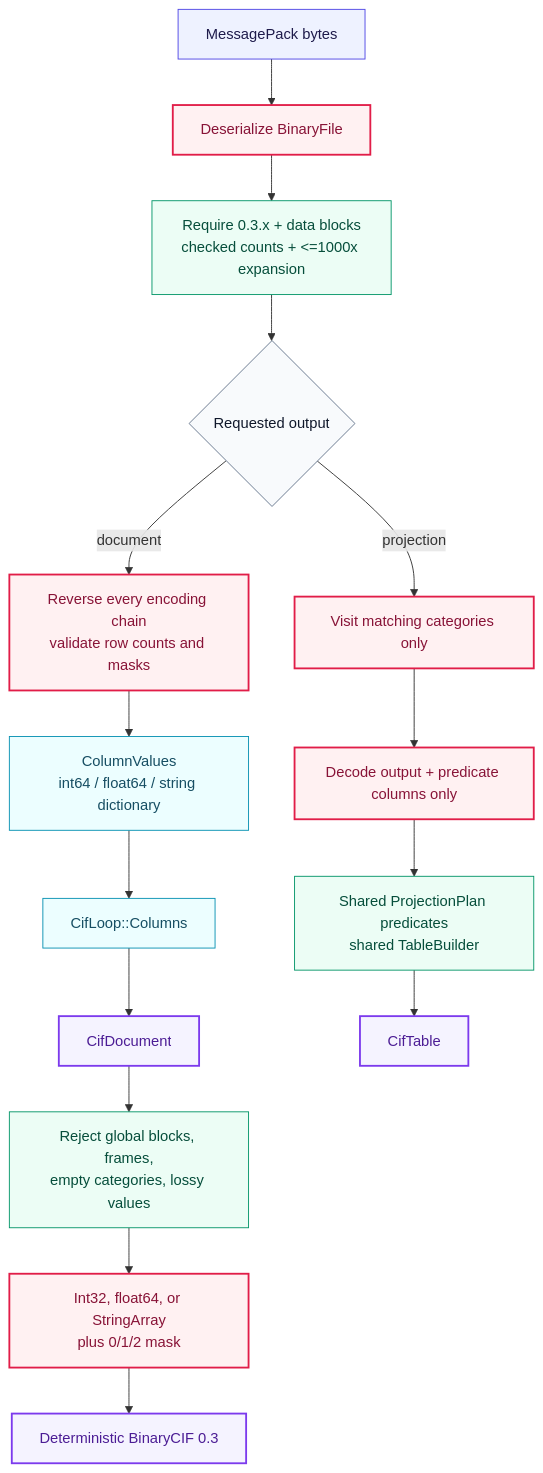
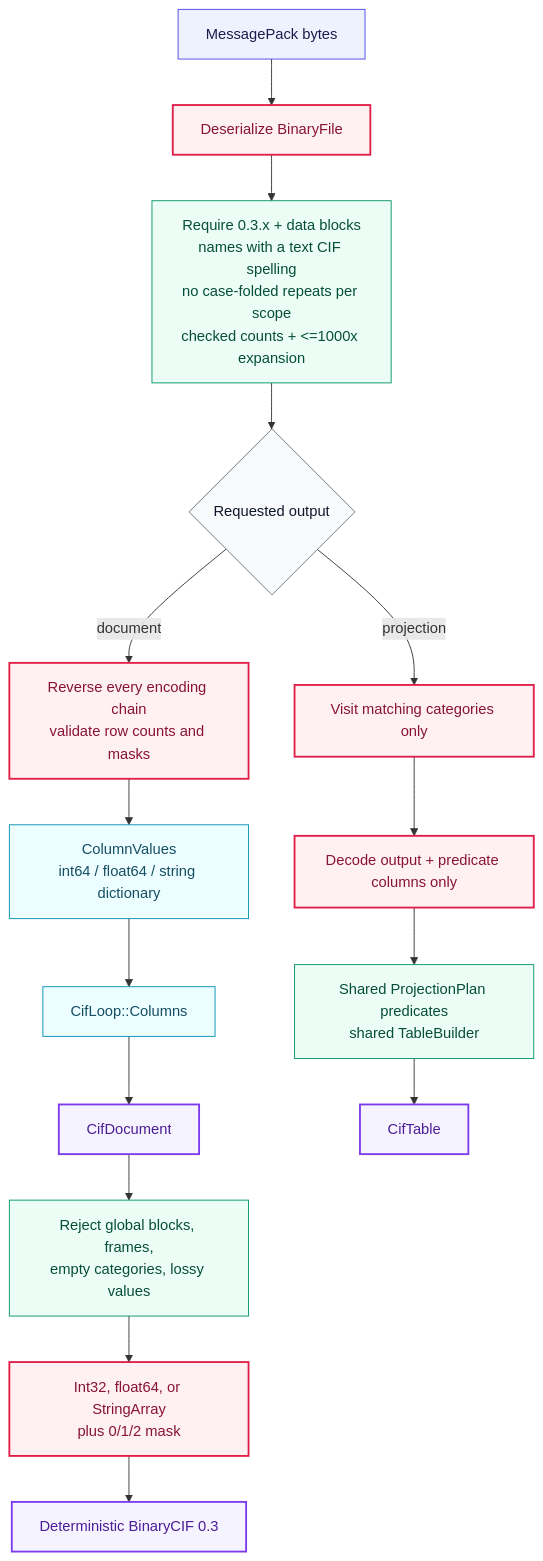
One commit to jamaliki/Nibbler changed the ninth of 10 diagrams in src/cif/README.md. Above: the diagram before and after it, drawn with Mermaid. The commit also changed 4 other files, not shown here.

````diff
--- a/src/cif/README.md
+++ b/src/cif/README.md
@@ -328,27 +328,27 @@
 ```mermaid
 flowchart TB
     RAW["MessagePack bytes"]:::input --> DECODE["Deserialize BinaryFile"]:::hot
-    DECODE --> SHAPE["Require 0.3.x + data blocks<br/>checked counts + <=1000x expansion"]:::proof
+    DECODE --> SHAPE["Require 0.3.x + data blocks<br/>names with a text CIF spelling<br/>no case-folded repeats per scope<br/>checked counts + <=1000x expansion"]:::proof
     SHAPE --> MODE{"Requested output"}:::decision
 
     MODE -- document --> ALL["Reverse every encoding chain<br/>validate row counts and masks"]:::hot
     ALL --> COLS["ColumnValues<br/>int64 / float64 / string dictionary"]:::data
     COLS --> LOOPS["CifLoop::Columns"]:::data
     LOOPS --> DOC["CifDocument"]:::output
 
     MODE -- projection --> MATCH["Visit matching categories only"]:::hot
     MATCH --> SELECT["Decode output + predicate columns only"]:::hot
     SELECT --> FILTER["Shared ProjectionPlan predicates<br/>shared TableBuilder"]:::proof
     FILTER --> TABLE["CifTable"]:::output
 
     DOC --> WRITE["Reject global blocks, frames,<br/>empty categories, lossy values"]:::proof
     WRITE --> ENCODE["Int32, float64, or StringArray<br/>plus 0/1/2 mask"]:::hot
     ENCODE --> OUT["Deterministic BinaryCIF 0.3"]:::output
 
     classDef input fill:#eef2ff,stroke:#4f46e5,color:#1e1b4b;
     classDef decision fill:#f8fafc,stroke:#64748b,color:#0f172a;
     classDef hot fill:#fff1f2,stroke:#e11d48,color:#881337,stroke-width:2px;
     classDef proof fill:#ecfdf5,stroke:#059669,color:#064e3b;
     classDef data fill:#ecfeff,stroke:#0891b2,color:#164e63;
     classDef output fill:#f5f3ff,stroke:#7c3aed,color:#4c1d95,stroke-width:2px;
 ```
````
